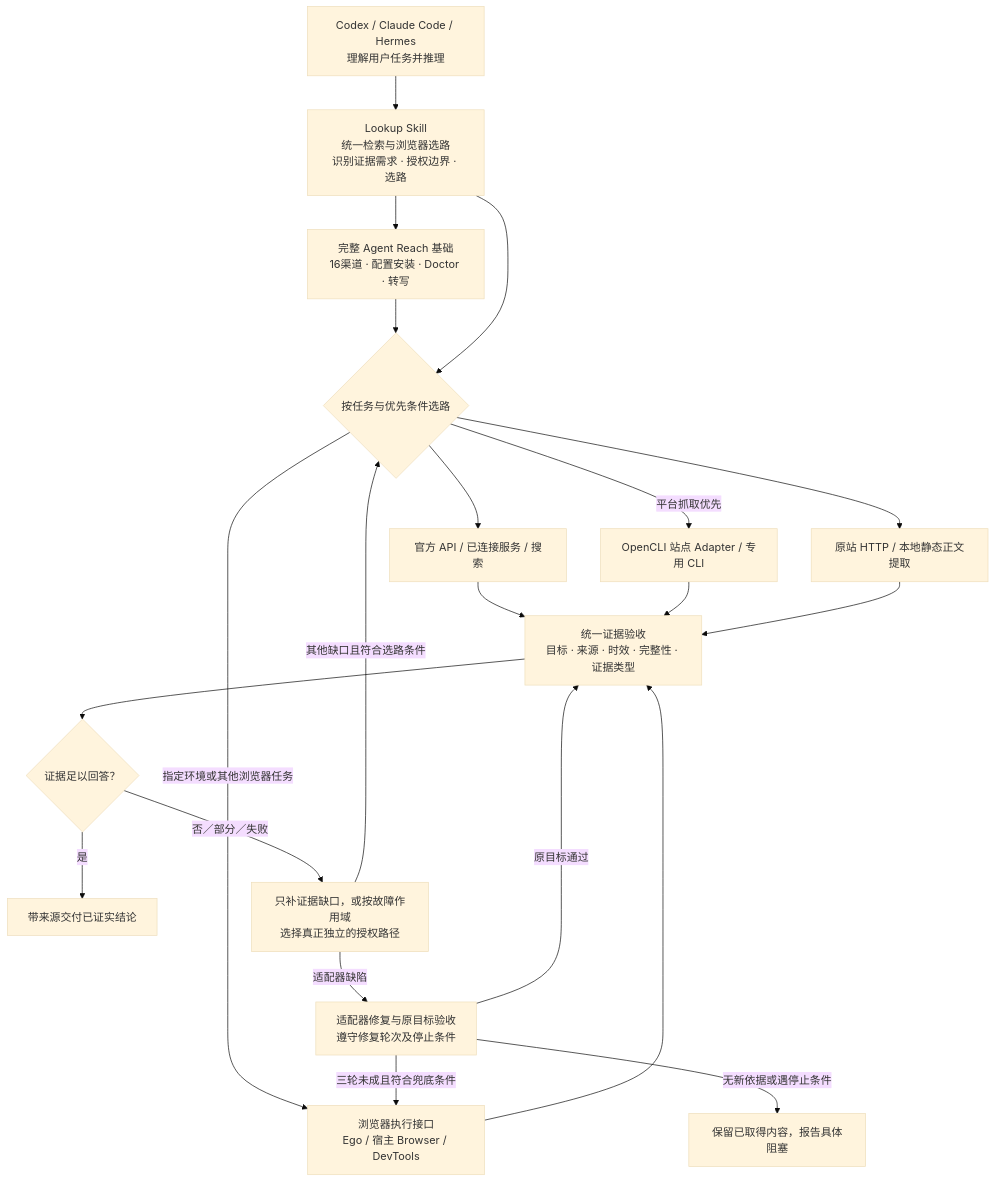
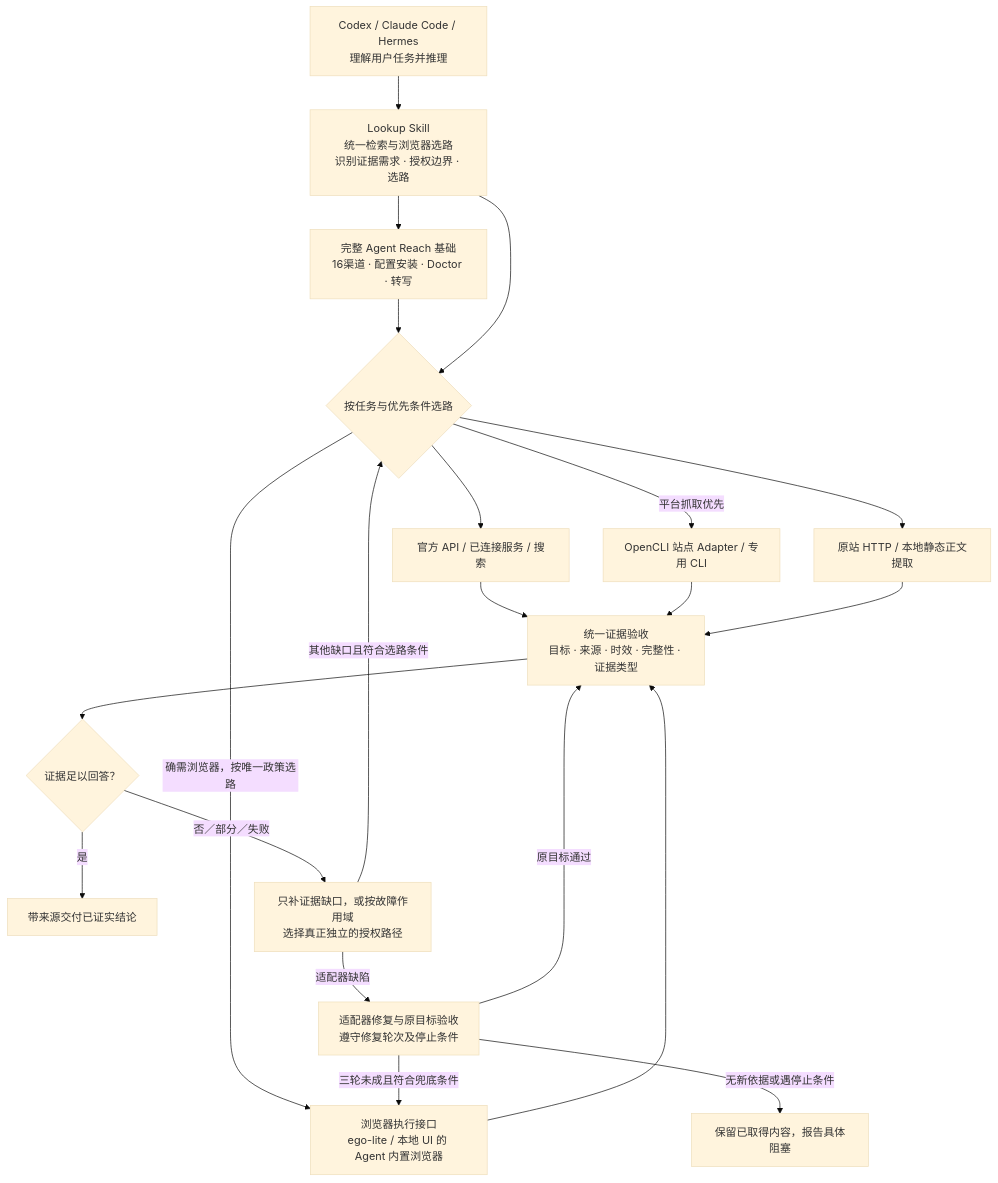
One commit to ldl8818/skills changed the diagram in lookup/README.md. Above: the diagram before and after it, drawn with Mermaid (base theme). The commit also changed other lines of this file and 21 other files, not shown here.

````diff
--- a/lookup/README.md
+++ b/lookup/README.md
@@ -62,38 +62,38 @@
 ```mermaid
 flowchart TB
     agent["Codex / Claude Code / Hermes<br/>理解用户任务并推理"]
     lookup["Lookup Skill<br/>统一检索与浏览器选路<br/>识别证据需求 · 授权边界 · 选路"]
     reach["完整 Agent Reach 基础<br/>16渠道 · 配置安装 · Doctor · 转写"]
     choose{"按任务与优先条件选路"}
     official["官方 API / 已连接服务 / 搜索"]
     adapters["OpenCLI 站点 Adapter / 专用 CLI"]
     static["原站 HTTP / 本地静态正文提取"]
-    browser["浏览器执行接口<br/>Ego / 宿主 Browser / DevTools"]
+    browser["浏览器执行接口<br/>ego-lite / 本地 UI 的 Agent 内置浏览器"]
     evidence["统一证据验收<br/>目标 · 来源 · 时效 · 完整性 · 证据类型"]
     enough{"证据足以回答？"}
     done["带来源交付已证实结论"]
     recover["只补证据缺口，或按故障作用域<br/>选择真正独立的授权路径"]
     repair["适配器修复与原目标验收<br/>遵守修复轮次及停止条件"]
     blocked["保留已取得内容，报告具体阻塞"]
 
     agent --> lookup
     lookup --> reach
     reach --> choose
     lookup --> choose
     choose --> official
     choose -->|平台抓取优先| adapters
     choose --> static
-    choose -->|指定环境或其他浏览器任务| browser
+    choose -->|确需浏览器，按唯一政策选路| browser
     official --> evidence
     adapters --> evidence
     static --> evidence
     browser --> evidence
     evidence --> enough
     enough -->|是| done
     enough -->|否／部分／失败| recover
     recover -->|适配器缺陷| repair
     recover -->|其他缺口且符合选路条件| choose
     repair -->|原目标通过| evidence
     repair -->|三轮未成且符合兜底条件| browser
     repair -->|无新依据或遇停止条件| blocked
 ```
````
